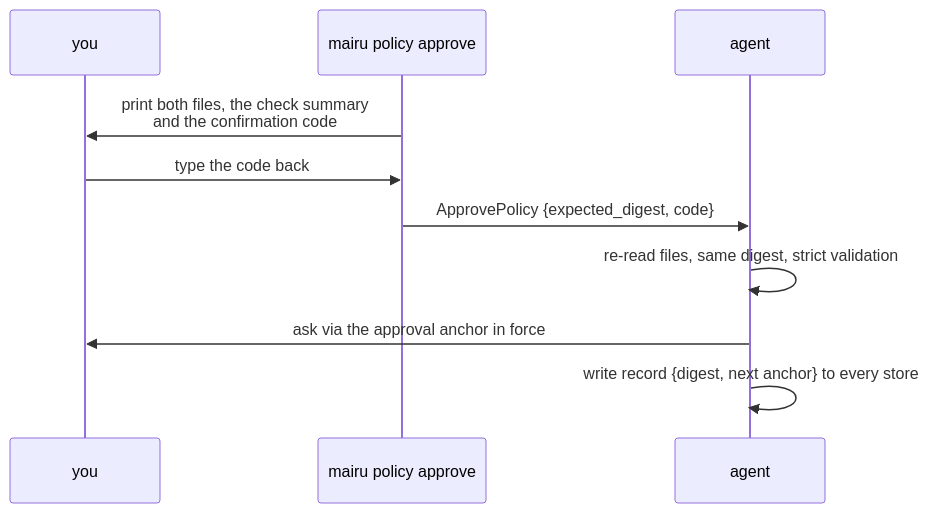
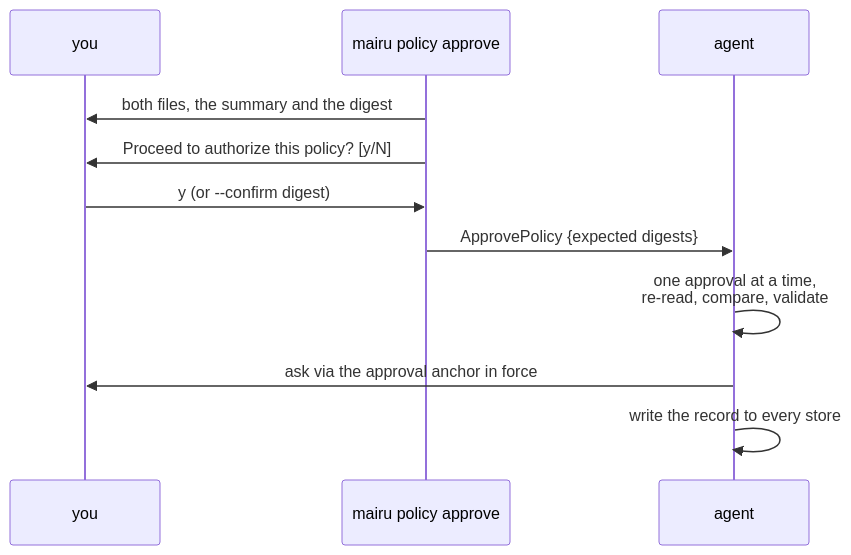
The third of 3 diagrams in docs/specs/012-policy-approval.md (sorah/mairu), drawn with Mermaid before and after one commit. The commit also changed other lines of this file and 2 other files, not shown here.

First line of the commit message:
docs/specs: confirm policy approval before the prompt

````diff
--- a/docs/specs/012-policy-approval.md
+++ b/docs/specs/012-policy-approval.md
@@ -138,12 +138,13 @@
 ```mermaid
 sequenceDiagram
   participant U as you
   participant C as mairu policy approve
   participant A as agent
-  C->>U: print both files, the check summary<br/>and the confirmation code
-  U->>C: type the code back
-  C->>A: ApprovePolicy {expected_digest, code}
-  A->>A: re-read files, same digest, strict validation
+  C->>U: both files, the summary and the digest
+  C->>U: Proceed to authorize this policy? [y/N]
+  U->>C: y (or --confirm digest)
+  C->>A: ApprovePolicy {expected digests}
+  A->>A: one approval at a time,<br/>re-read, compare, validate
   A->>U: ask via the approval anchor in force
-  A->>A: write record {digest, next anchor} to every store
+  A->>A: write the record to every store
 ```
````
